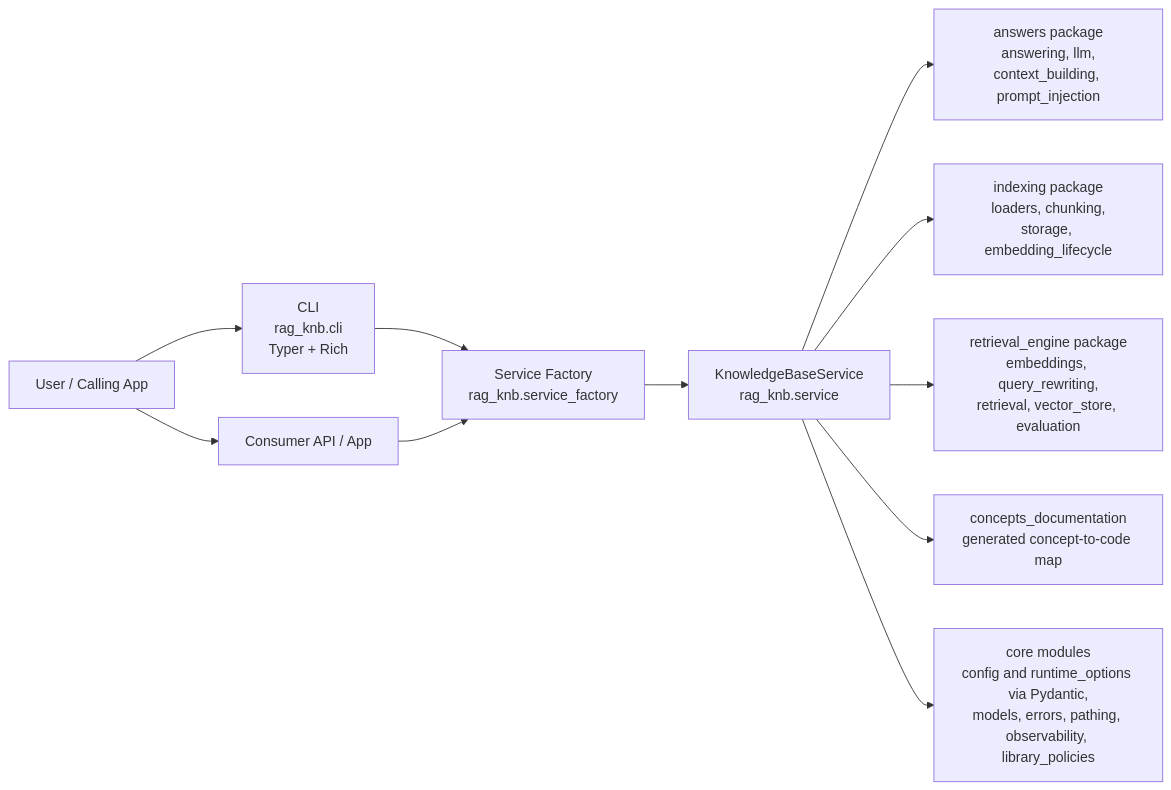
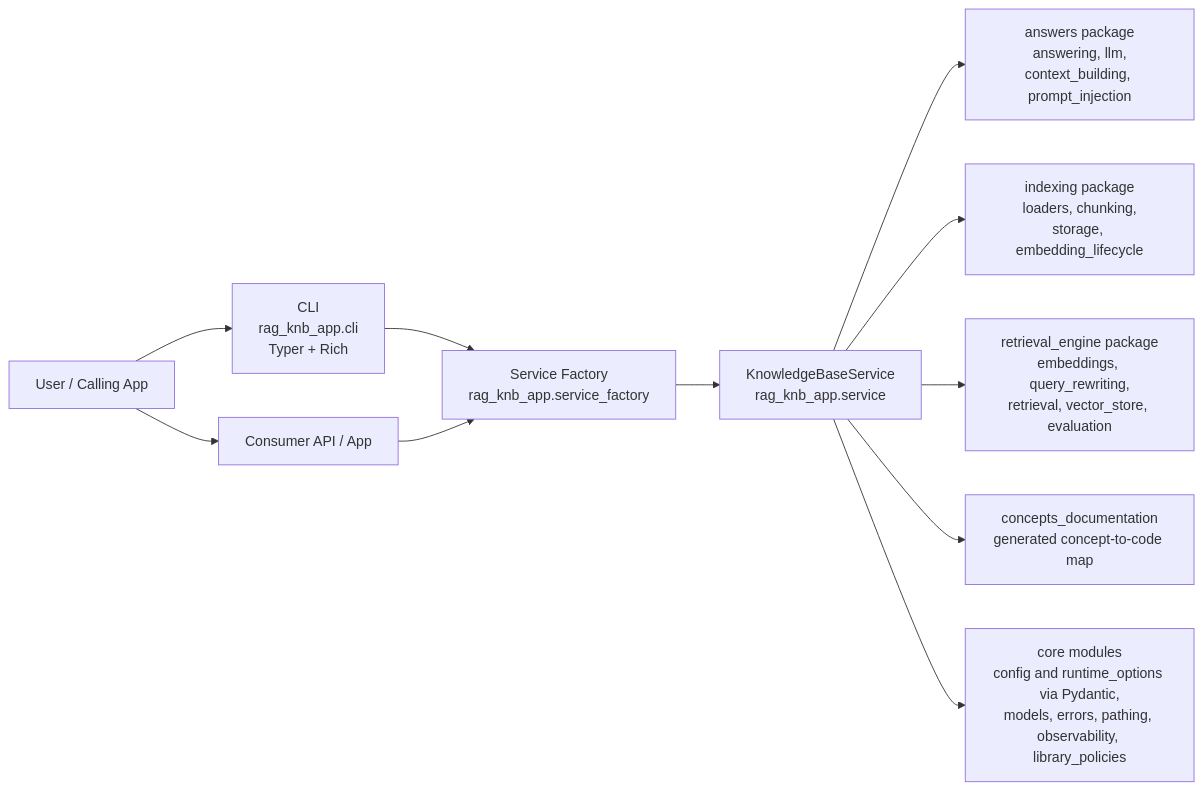
Before and after one commit to OlyaFilatova/ai_projects: the first of 11 diagrams in 02_rag_knowledge_base/diagrams.md, drawn with Mermaid. The commit also changed other lines of this file and 79 other files, not shown here.

````diff
--- a/02_rag_knowledge_base/diagrams.md
+++ b/02_rag_knowledge_base/diagrams.md
@@ -7,26 +7,26 @@
 ```mermaid
 flowchart LR
     User[User / Calling App]
-    CLI[CLI<br/>rag_knb.cli<br/>Typer + Rich]
+    CLI[CLI<br/>rag_knb_app.cli<br/>Typer + Rich]
     API[Consumer API / App]
-    Factory[Service Factory<br/>rag_knb.service_factory]
-    Service[KnowledgeBaseService<br/>rag_knb.service]
+    Factory[Service Factory<br/>rag_knb_app.service_factory]
+    Service[KnowledgeBaseService<br/>rag_knb_app.service]
 
     Answers[answers package<br/>answering, llm,<br/>context_building, prompt_injection]
     Indexing[indexing package<br/>loaders, chunking,<br/>storage, embedding_lifecycle]
     Retrieval[retrieval_engine package<br/>embeddings, query_rewriting,<br/>retrieval, vector_store, evaluation]
     Concepts[concepts_documentation<br/>generated concept-to-code map]
     Core[core modules<br/>config and runtime_options via Pydantic,<br/>models, errors, pathing, observability, library_policies]
 
     User --> CLI
     User --> API
     CLI --> Factory
     API --> Factory
     Factory --> Service
 
     Service --> Answers
     Service --> Indexing
     Service --> Retrieval
     Service --> Concepts
     Service --> Core
 ```
````
